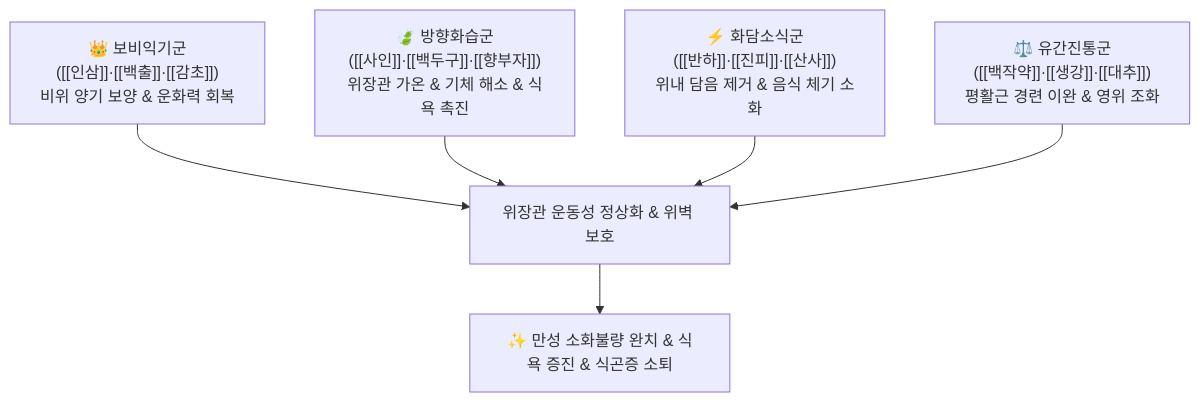
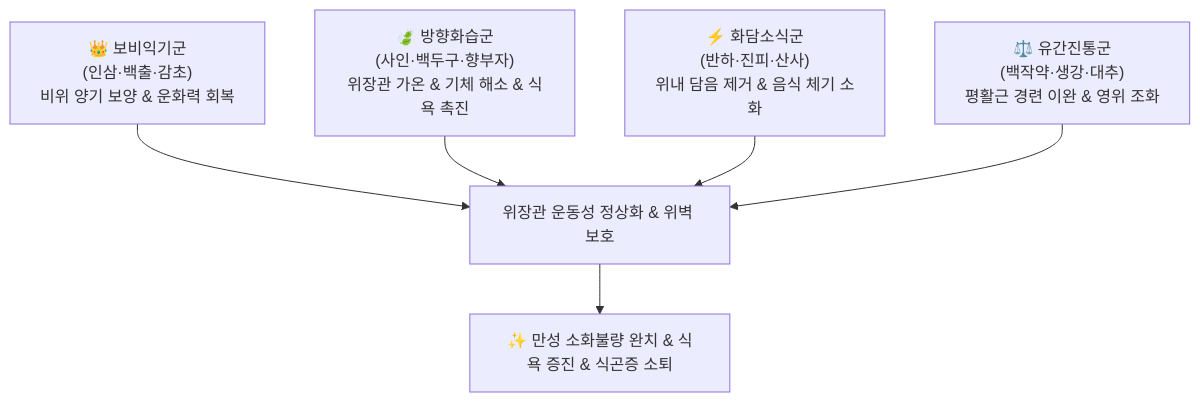
One commit to simbio11/simbio-digital-garden2 changed the diagram in content/2. 약리 공부/처방/03_화담·거습·이수제/향사양위탕.md. Above: the diagram before and after it, drawn with Mermaid. The commit also changed other lines of this file and 122 other files, not shown here.

````diff
--- a/content/2. 약리 공부/처방/03_화담·거습·이수제/향사양위탕.md
+++ b/content/2. 약리 공부/처방/03_화담·거습·이수제/향사양위탕.md
@@ -53,8 +54,8 @@
 ```mermaid
 graph TD
-    Tonify["👑 보비익기군<br>([[인삼]]·[[백출]]·[[감초]])<br>비위 양기 보양 & 운화력 회복"] --> Stomach["위장관 운동성 정상화 & 위벽 보호"]
-    Aromatic["🍃 방향화습군<br>([[사인]]·[[백두구]]·[[향부자]])<br>위장관 가온 & 기체 해소 & 식욕 촉진"] --> Stomach
-    Digest["⚡ 화담소식군<br>([[반하]]·[[진피]]·[[산사]])<br>위내 담음 제거 & 음식 체기 소화"] --> Stomach
-    Relax["⚖️ 유간진통군<br>([[백작약]]·[[생강]]·[[대추]])<br>평활근 경련 이완 & 영위 조화"] --> Stomach
+    Tonify["👑 보비익기군<br>(인삼·백출·감초)<br>비위 양기 보양 & 운화력 회복"] --> Stomach["위장관 운동성 정상화 & 위벽 보호"]
+    Aromatic["🍃 방향화습군<br>(사인·백두구·향부자)<br>위장관 가온 & 기체 해소 & 식욕 촉진"] --> Stomach
+    Digest["⚡ 화담소식군<br>(반하·진피·산사)<br>위내 담음 제거 & 음식 체기 소화"] --> Stomach
+    Relax["⚖️ 유간진통군<br>(백작약·생강·대추)<br>평활근 경련 이완 & 영위 조화"] --> Stomach
     Stomach --> Result["✨ 만성 소화불량 완치 & 식욕 증진 & 식곤증 소퇴"]
 ```
````
